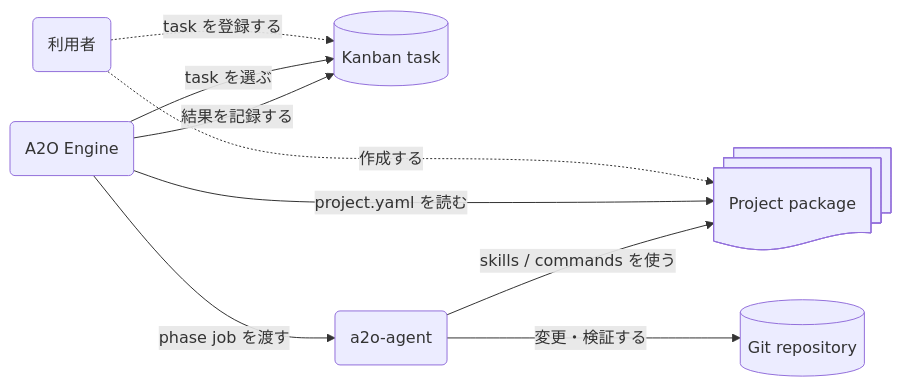
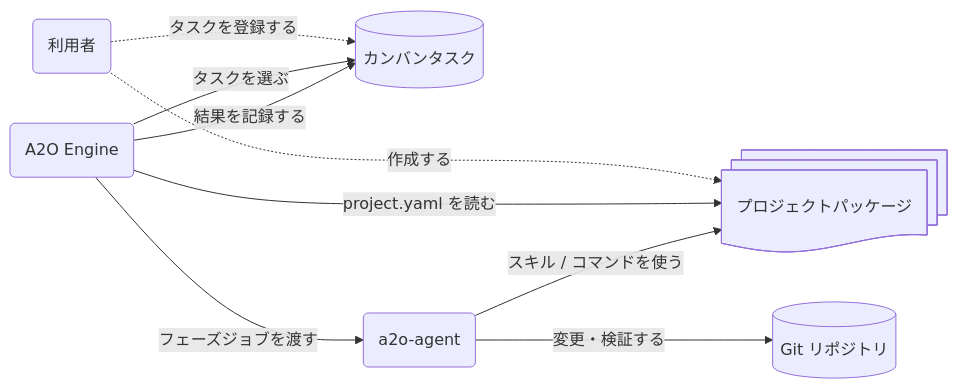
One commit to wamukat/a2o changed the diagram in docs/ja/user/20-project-package.md. Above: the diagram before and after it, drawn with Mermaid. The commit also changed other lines of this file and 21 other files, not shown here.

````diff
--- a/docs/ja/user/20-project-package.md
+++ b/docs/ja/user/20-project-package.md
@@ -22,18 +22,18 @@
 ```mermaid
 flowchart LR
   U@{ shape: rounded, label: "利用者" }
-  P@{ shape: docs, label: "Project package" }
-  K@{ shape: cyl, label: "Kanban task" }
+  P@{ shape: docs, label: "プロジェクトパッケージ" }
+  K@{ shape: cyl, label: "カンバンタスク" }
   E@{ shape: rounded, label: "A2O Engine" }
   A@{ shape: rounded, label: "a2o-agent" }
-  G@{ shape: cyl, label: "Git repository" }
+  G@{ shape: cyl, label: "Git リポジトリ" }
 
   U -. "作成する" .-> P
-  U -. "task を登録する" .-> K
+  U -. "タスクを登録する" .-> K
   E -->|"project.yaml を読む"| P
-  E -->|"task を選ぶ"| K
-  E -->|"phase job を渡す"| A
-  A -->|"skills / commands を使う"| P
+  E -->|"タスクを選ぶ"| K
+  E -->|"フェーズジョブを渡す"| A
+  A -->|"スキル / コマンドを使う"| P
   A -->|"変更・検証する"| G
   E -->|"結果を記録する"| K
 ```
````
